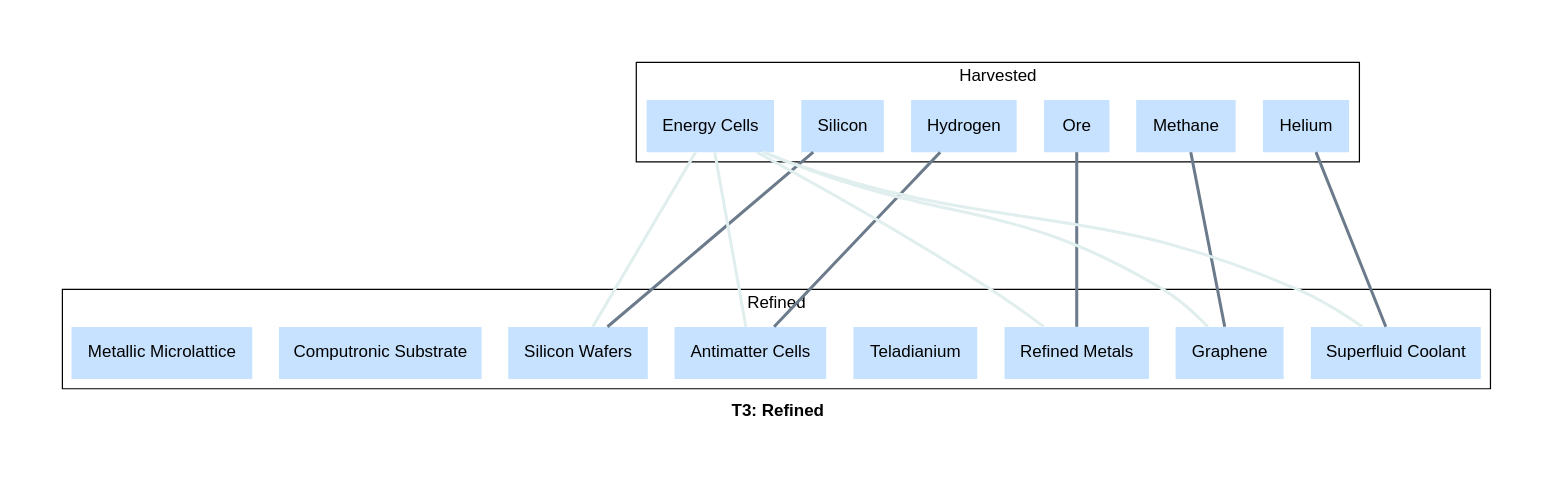
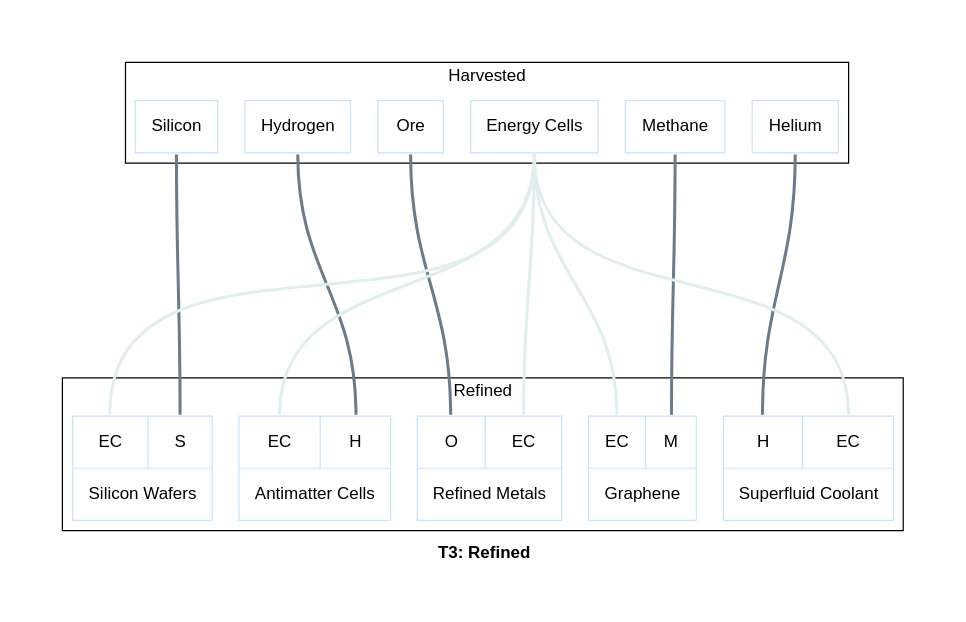
Before and after one commit to borntyping/x4-diagrams: the diagram in docs/t3_refined_graph.dot, drawn with Graphviz. The commit also changed 81 other files, not shown here.

Commit message:
Record-type graphviz nodes showing inputs

```diff
--- a/docs/t3_refined_graph.dot
+++ b/docs/t3_refined_graph.dot
@@ -1,37 +1,35 @@
 graph "X4 Economy" {
+	edge [arrowType=normal]
 	compound=true fontname="Helvetica,Arial,sans-serif"
 	label=<<b>T3: Refined</b>>
-	graph [nodesep=0.3 pad=0.5 ranksep=2]
-	node [color=slategray1 fontname="Helvetica,Arial,sans-serif" margin=0.2 penwidth=0 shape=record style=filled]
-	edge [fontname="Helvetica,Arial,sans-serif" penwidth=2.5]
+	graph [nodesep=0.3 pad=0.5 ranksep=3]
+	node [color=slategray1 fontname="Helvetica,Arial,sans-serif" margin=0.2 penwidth=1 shape=box]
+	edge [arrowhead=normal arrowtype=normal fontname="Helvetica,Arial,sans-serif" headport=n penwidth=2.5 tailport=s]
 	subgraph 0 {
 		cluster=true label=Harvested
-		Helium [colour=lightsteelblue2 shape=box]
-		Methane [colour=lightsteelblue2 shape=box]
-		Ore [colour=lightsteelblue2 shape=box]
-		Hydrogen [colour=lightsteelblue2 shape=box]
-		Silicon [colour=lightsteelblue2 shape=box]
-		"Energy Cells" [colour=lightsteelblue2 shape=box]
+		helium [label="{<output> Helium}" colour=lightsteelblue2 shape=record]
+		methane [label="{<output> Methane}" colour=lightsteelblue2 shape=record]
+		ore [label="{<output> Ore}" colour=lightsteelblue2 shape=record]
+		hydrogen [label="{<output> Hydrogen}" colour=lightsteelblue2 shape=record]
+		silicon [label="{<output> Silicon}" colour=lightsteelblue2 shape=record]
+		energy_cells [label="{<output> Energy Cells}" colour=lightsteelblue2 shape=record]
 	}
 	subgraph 3 {
 		cluster=true label=Refined
-		"Superfluid Coolant" [colour=lightsteelblue2 shape=box]
-		Graphene [colour=lightsteelblue2 shape=box]
-		"Refined Metals" [colour=lightsteelblue2 shape=box]
-		Teladianium [colour=lightsteelblue2 shape=box]
-		"Antimatter Cells" [colour=lightsteelblue2 shape=box]
-		"Silicon Wafers" [colour=lightsteelblue2 shape=box]
-		"Computronic Substrate" [colour=lightsteelblue2 shape=box]
-		"Metallic Microlattice" [colour=lightsteelblue2 shape=box]
+		superfluid_coolant [label="{{<helium> H|<energy_cells> EC}|<output> Superfluid Coolant}" colour=lightsteelblue2 shape=record]
+		graphene [label="{{<energy_cells> EC|<methane> M}|<output> Graphene}" colour=lightsteelblue2 shape=record]
+		refined_metals [label="{{<ore> O|<energy_cells> EC}|<output> Refined Metals}" colour=lightsteelblue2 shape=record]
+		antimatter_cells [label="{{<energy_cells> EC|<hydrogen> H}|<output> Antimatter Cells}" colour=lightsteelblue2 shape=record]
+		silicon_wafers [label="{{<energy_cells> EC|<silicon> S}|<output> Silicon Wafers}" colour=lightsteelblue2 shape=record]
 	}
-	"Energy Cells" -- "Superfluid Coolant" [color=azure2 constraint=false]
-	Helium -- "Superfluid Coolant" [color=slategray4 constraint=true]
-	"Energy Cells" -- Graphene [color=azure2 constraint=false]
-	Methane -- Graphene [color=slategray4 constraint=true]
-	"Energy Cells" -- "Refined Metals" [color=azure2 constraint=false]
-	Ore -- "Refined Metals" [color=slategray4 constraint=true]
-	"Energy Cells" -- "Antimatter Cells" [color=azure2 constraint=false]
-	Hydrogen -- "Antimatter Cells" [color=slategray4 constraint=true]
-	"Energy Cells" -- "Silicon Wafers" [color=azure2 constraint=false]
-	Silicon -- "Silicon Wafers" [color=slategray4 constraint=true]
+	energy_cells:output:s -- superfluid_coolant:energy_cells:n [color=azure2]
+	helium:output:s -- superfluid_coolant:helium:n [color=slategray4]
+	energy_cells:output:s -- graphene:energy_cells:n [color=azure2]
+	methane:output:s -- graphene:methane:n [color=slategray4]
+	energy_cells:output:s -- refined_metals:energy_cells:n [color=azure2]
+	ore:output:s -- refined_metals:ore:n [color=slategray4]
+	energy_cells:output:s -- antimatter_cells:energy_cells:n [color=azure2]
+	hydrogen:output:s -- antimatter_cells:hydrogen:n [color=slategray4]
+	energy_cells:output:s -- silicon_wafers:energy_cells:n [color=azure2]
+	silicon:output:s -- silicon_wafers:silicon:n [color=slategray4]
 }
```
